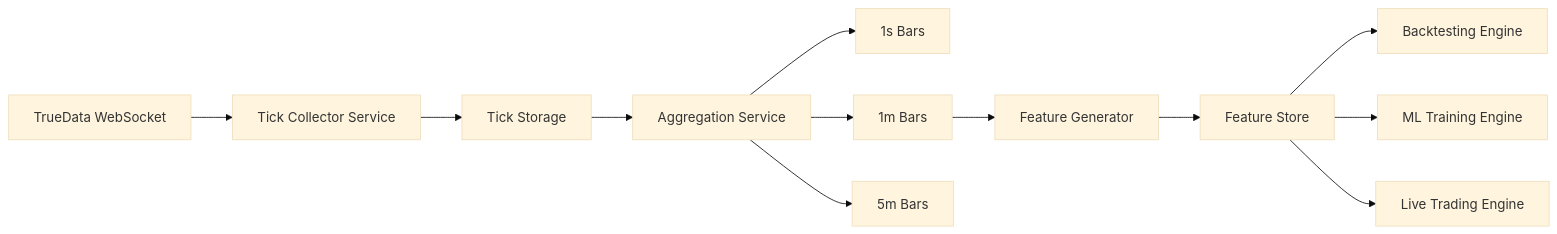
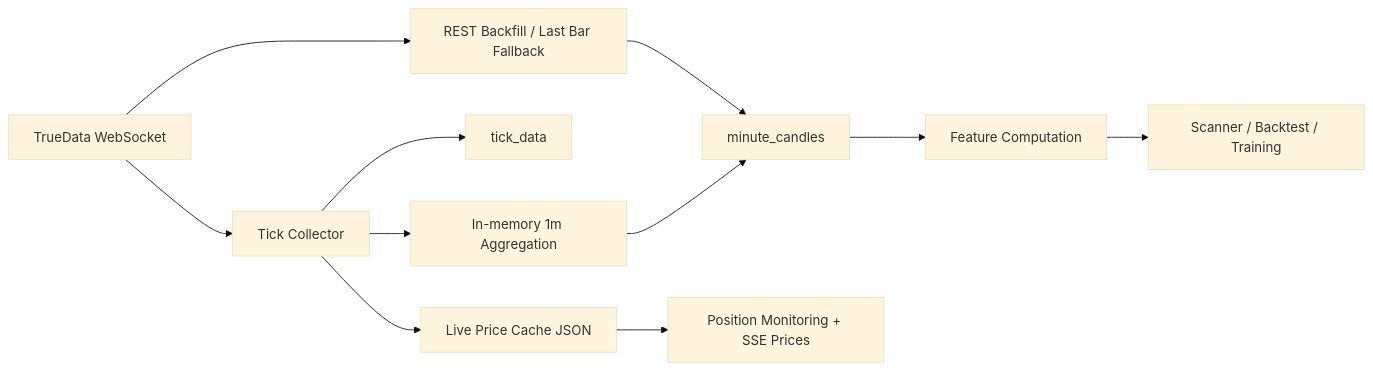
Before and after one commit to aaryansinha16/AI-trader: the second of 12 diagrams in docs/Flow diagrams and designs.md, drawn with Mermaid (base theme). The commit also changed other lines of this file, not shown here.

Commit message:
update: flow diagrams of current system

````diff
--- a/docs/Flow diagrams and designs.md
+++ b/docs/Flow diagrams and designs.md
@@ -75,21 +78,17 @@
 ```mermaid
 flowchart LR
 
-A[TrueData WebSocket] --> B[Tick Collector Service]
+A["TrueData WebSocket"] --> B["Tick Collector"]
+A --> C["REST Backfill / Last Bar Fallback"]
 
-B --> C[Tick Storage]
+B --> D["tick_data"]
+B --> E["In-memory 1m Aggregation"]
+E --> F["minute_candles"]
 
-C --> D[Aggregation Service]
+B --> G["Live Price Cache JSON"]
+C --> F
 
-D --> E1[1s Bars]
-D --> E2[1m Bars]
-D --> E3[5m Bars]
-
-E2 --> F[Feature Generator]
-
-F --> G[Feature Store]
-
-G --> H1[Backtesting Engine]
-G --> H2[ML Training Engine]
-G --> H3[Live Trading Engine]
+F --> H["Feature Computation"]
+H --> I["Scanner / Backtest / Training"]
+G --> J["Position Monitoring + SSE Prices"]
 ```
````
